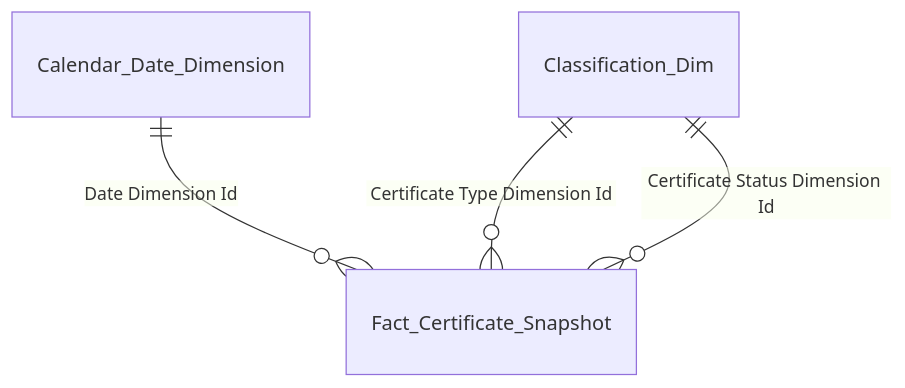
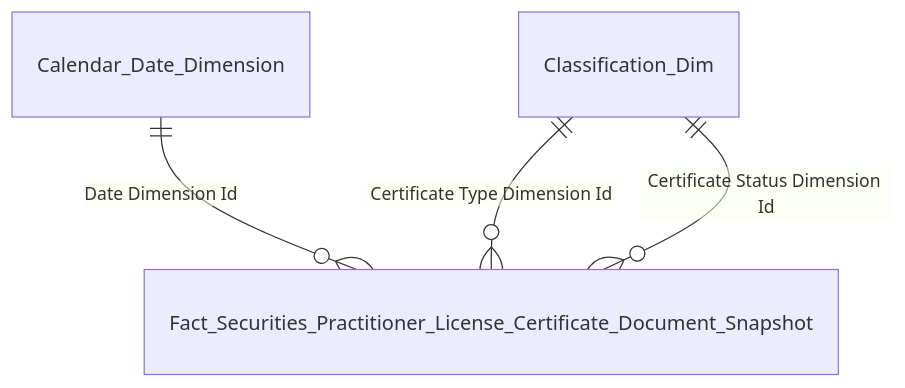
The seventh of 21 diagrams in Gold/hld/GOLD_NHNCK_HLD.md (linhlvit/ubck_atomic_design), drawn with Mermaid before and after one commit. The commit also changed other lines of this file and 9 other files, not shown here.

````diff
--- a/Gold/hld/GOLD_NHNCK_HLD.md
+++ b/Gold/hld/GOLD_NHNCK_HLD.md
@@ -166,6 +166,6 @@
 ```mermaid
 erDiagram
-    Calendar_Date_Dimension ||--o{ Fact_Certificate_Snapshot : "Date Dimension Id"
-    Classification_Dim ||--o{ Fact_Certificate_Snapshot : "Certificate Type Dimension Id"
-    Classification_Dim ||--o{ Fact_Certificate_Snapshot : "Certificate Status Dimension Id"
+    Calendar_Date_Dimension ||--o{ Fact_Securities_Practitioner_License_Certificate_Document_Snapshot : "Date Dimension Id"
+    Classification_Dim ||--o{ Fact_Securities_Practitioner_License_Certificate_Document_Snapshot : "Certificate Type Dimension Id"
+    Classification_Dim ||--o{ Fact_Securities_Practitioner_License_Certificate_Document_Snapshot : "Certificate Status Dimension Id"
 ```
````
